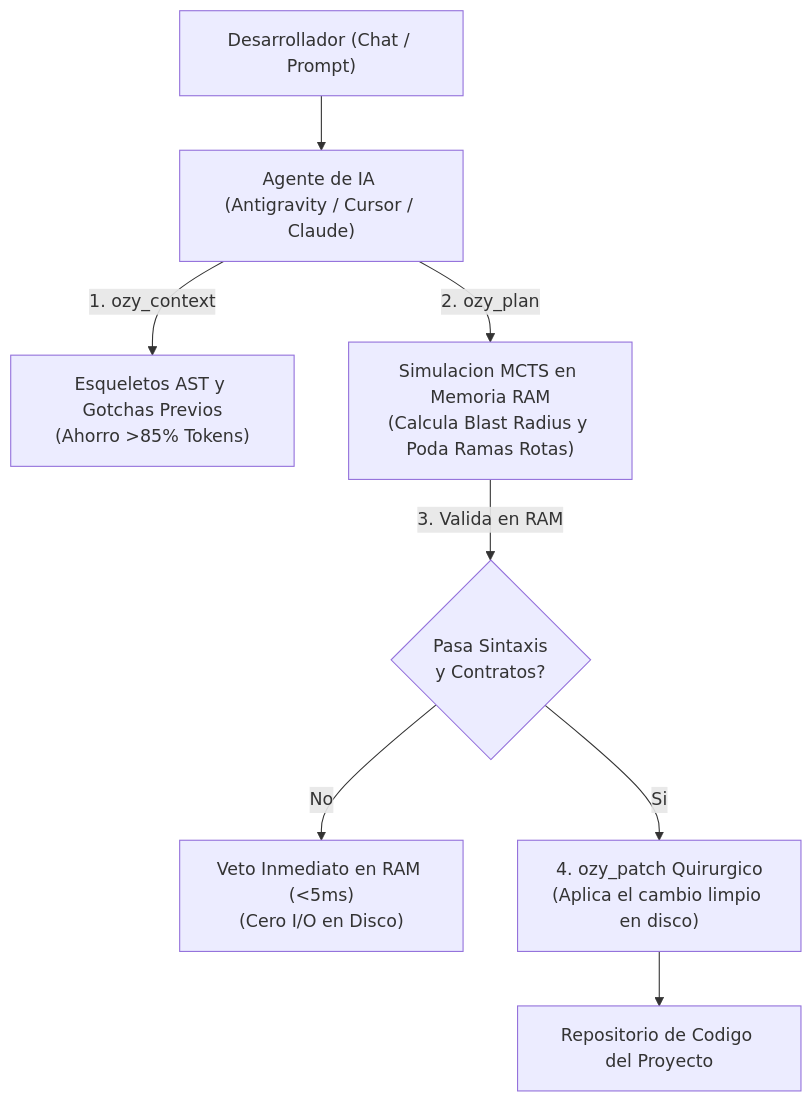
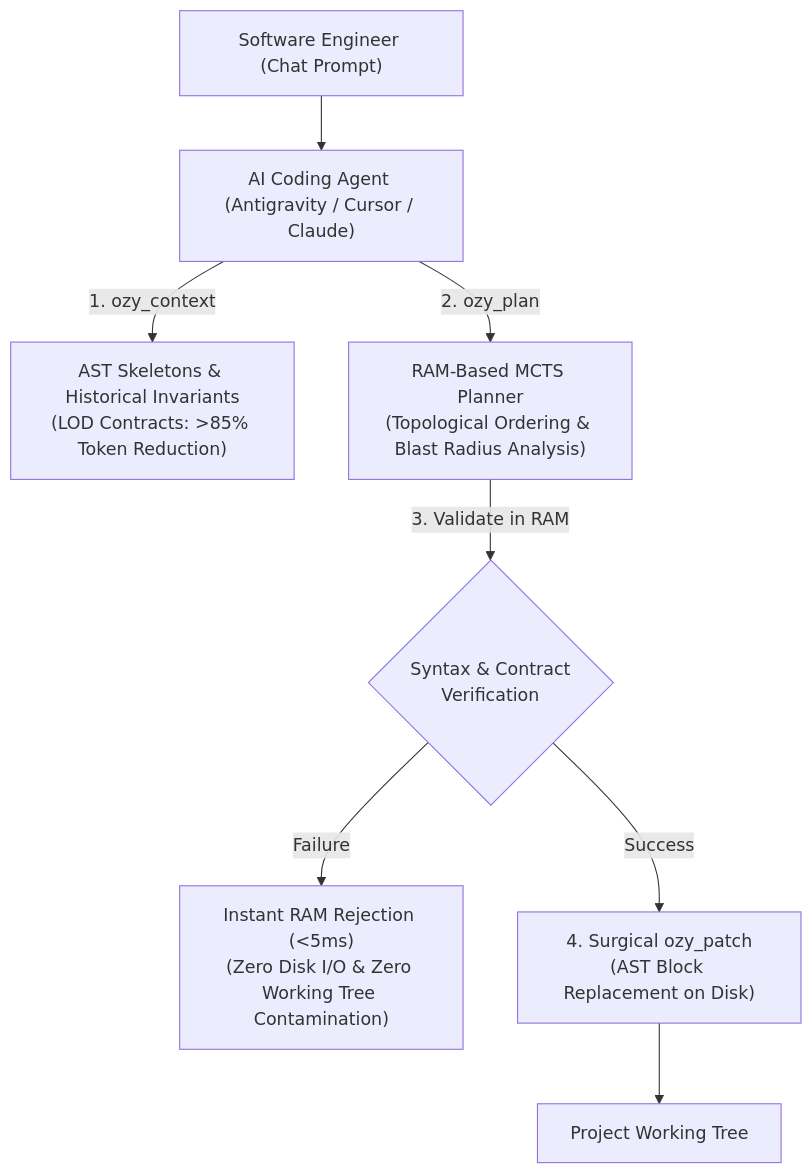
One commit to Xangel0s/ozygram changed the first of 2 diagrams in README.md. Above: the diagram before and after it, drawn with Mermaid. The commit also changed other lines of this file, not shown here.

Commit message:
docs: formalize project presentation and refine architectural documentation

````diff
--- a/README.md
+++ b/README.md
@@ -48,10 +50,10 @@
 ```mermaid
 flowchart TD
-    User["Desarrollador (Chat / Prompt)"] --> Agent["Agente de IA (Antigravity / Cursor / Claude)"]
-    Agent -->|1. ozy_context| LOD["Esqueletos AST y Gotchas Previos<br/>(Ahorro >85% Tokens)"]
-    Agent -->|2. ozy_plan| MCTS["Simulacion MCTS en Memoria RAM<br/>(Calcula Blast Radius y Poda Ramas Rotas)"]
-    MCTS -->|3. Valida en RAM| RAMCheck{"Pasa Sintaxis<br/>y Contratos?"}
-    RAMCheck -- No --> Rejection["Veto Inmediato en RAM (<5ms)<br/>(Cero I/O en Disco)"]
-    RAMCheck -- Si --> Patch["4. ozy_patch Quirurgico<br/>(Aplica el cambio limpio en disco)"]
-    Patch --> Repo["Repositorio de Codigo del Proyecto"]
+    Developer["Software Engineer (Chat Prompt)"] --> Agent["AI Coding Agent (Antigravity / Cursor / Claude)"]
+    Agent -->|1. ozy_context| LOD["AST Skeletons & Historical Invariants<br/>(LOD Contracts: >85% Token Reduction)"]
+    Agent -->|2. ozy_plan| MCTS["RAM-Based MCTS Planner<br/>(Topological Ordering & Blast Radius Analysis)"]
+    MCTS -->|3. Validate in RAM| Validation{"Syntax & Contract<br/>Verification"}
+    Validation -- Failure --> Rejection["Instant RAM Rejection (<5ms)<br/>(Zero Disk I/O & Zero Working Tree Contamination)"]
+    Validation -- Success --> Patch["4. Surgical ozy_patch<br/>(AST Block Replacement on Disk)"]
+    Patch --> Repository["Project Working Tree"]
 ```
````
